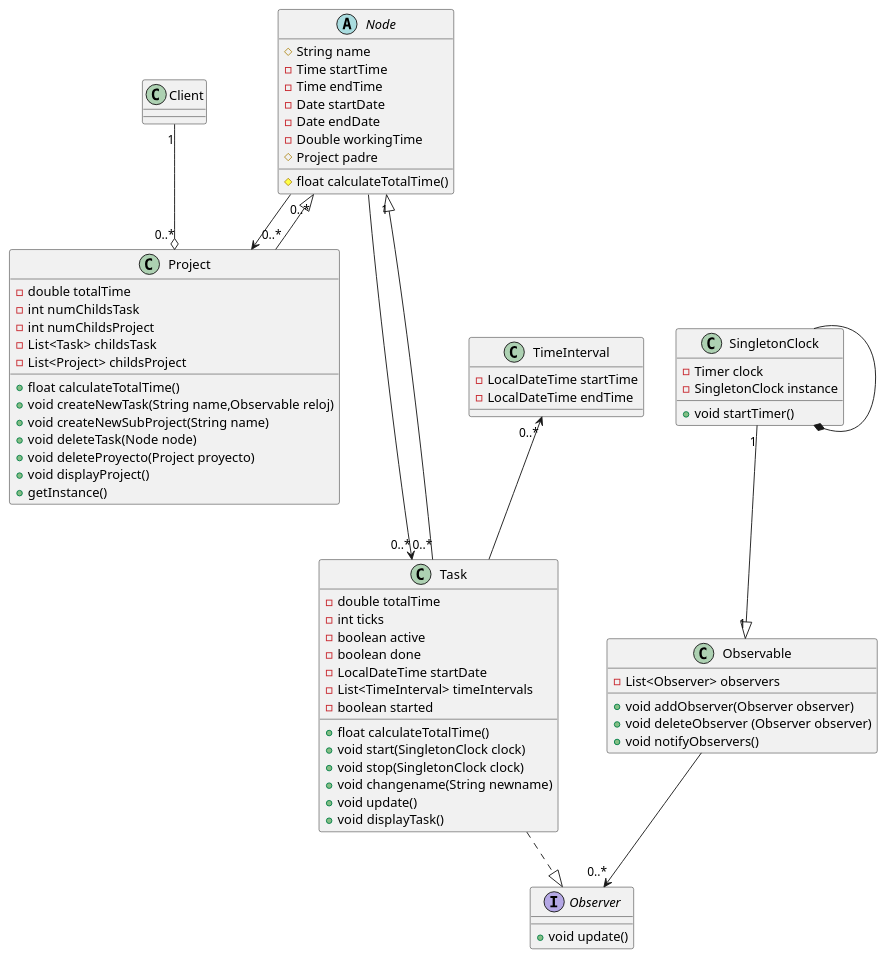
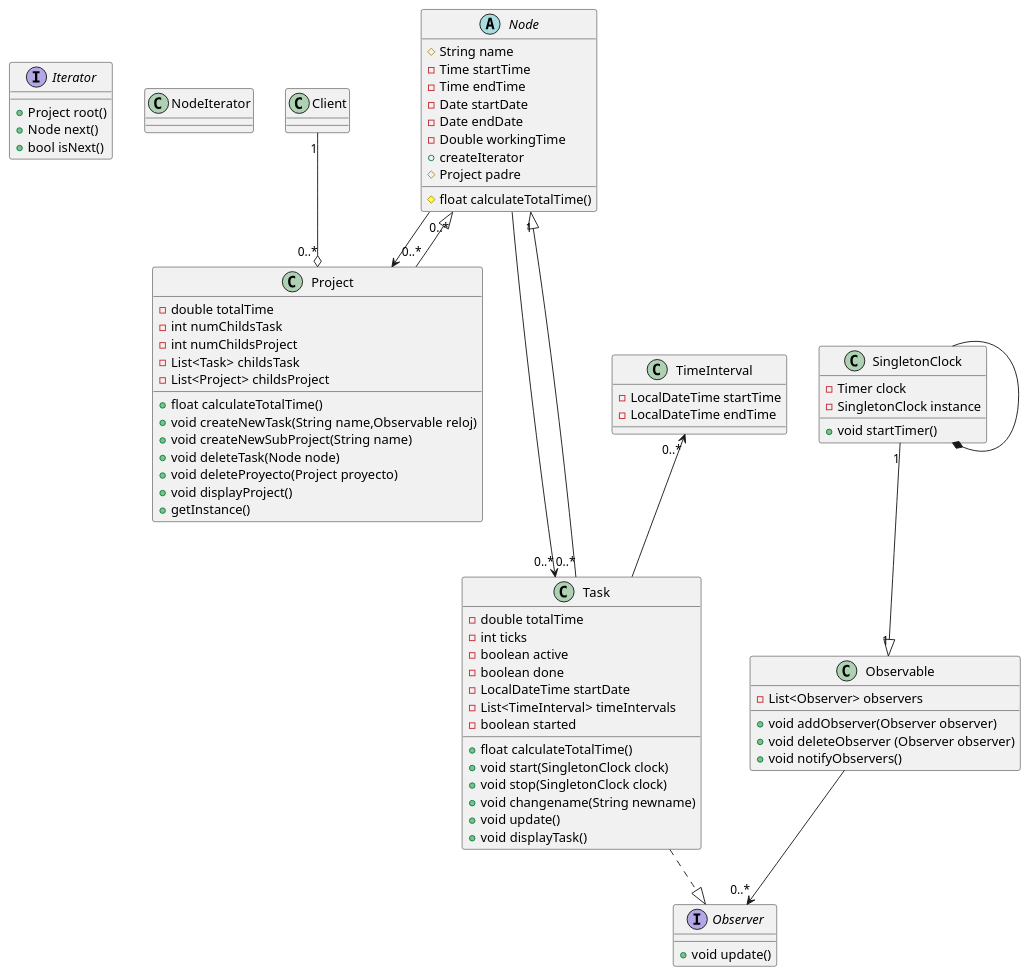
Before and after one commit to MirniWantsSweets/DS-project: the diagram in src/Time_Tracker.puml, drawn with PlantUML. The commit also changed 7 other files, not shown here.

```diff
--- a/src/Time_Tracker.puml
+++ b/src/Time_Tracker.puml
@@ -1,73 +1,83 @@
 @startuml
 
+interface Iterator{
++Project root()
++Node next()
++bool isNext()
 
+}
+class NodeIterator{
+
+}
 abstract class Node{
 #String name
 -Time startTime
 -Time endTime
 -Date startDate
 -Date endDate
 -Double workingTime
++createIterator
 #Project padre
 #float calculateTotalTime()
+
 }
 
 class Observable{
 -List<Observer> observers
 +void addObserver(Observer observer)
 +void deleteObserver (Observer observer)
 +void notifyObservers()
 }
 interface Observer{
 +void update()
 }
 class Project{
 -double totalTime
 -int numChildsTask
 -int numChildsProject
 -List<Task> childsTask
 -List<Project> childsProject
 +float calculateTotalTime()
 +void createNewTask(String name,Observable reloj)
 +void createNewSubProject(String name)
 +void deleteTask(Node node)
 +void deleteProyecto(Project proyecto)
 +void displayProject()
 +getInstance()
 }
 class SingletonClock{
 -Timer clock
 -SingletonClock instance
 +void startTimer()
 }
 class Task{
 -double totalTime
 -int ticks
 -boolean active
 -boolean done
 -LocalDateTime startDate
 -List<TimeInterval> timeIntervals
 -boolean started
 +float calculateTotalTime()
 +void start(SingletonClock clock)
 +void stop(SingletonClock clock)
 +void changename(String newname)
 +void update()
 +void displayTask()
 }
 class TimeInterval{
 -LocalDateTime startTime
 -LocalDateTime endTime
 }
 
 Project  "0..*"--|> "0..*"Node
 Task "0..*"---|> "1" Node
 Task ..|> Observer
 Node --> Project
 Node --> "0..*"Task
 Client "1"--o "0..*"Project
 SingletonClock "1" --|> "1"Observable
 TimeInterval "0..*" <-- Task
 Observable --> "0..*"Observer
 SingletonClock --* SingletonClock
 @enduml
```
